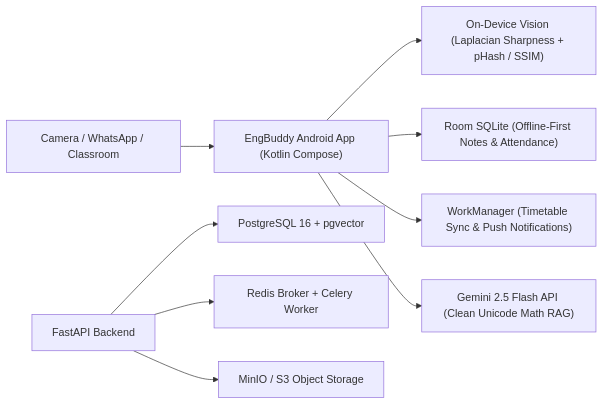
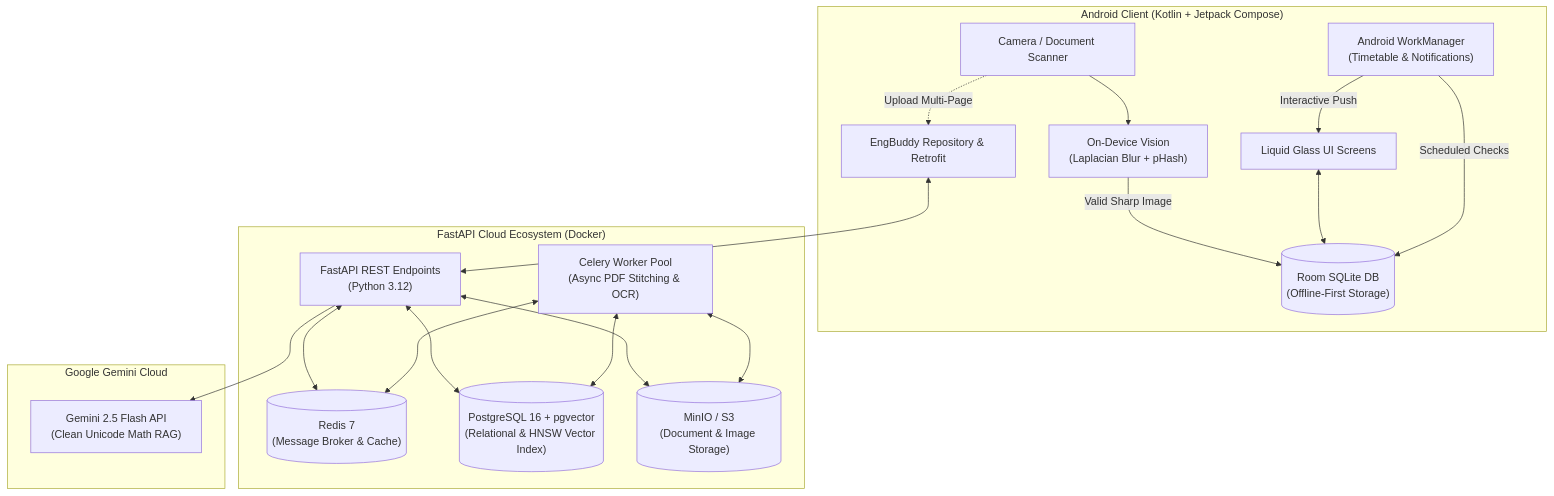
The first of 4 diagrams in README.md (xom669/ENG-BUDDY), drawn with Mermaid before and after one commit. The commit also changed other lines of this file and 1 other file, not shown here.

Commit message:
docs: generate comprehensive README with architecture flowcharts, mathematical models, and project guide

````diff
--- a/README.md
+++ b/README.md
@@ -12,12 +49,39 @@
 ```mermaid
-flowchart LR
-    A["Camera / WhatsApp / Classroom"] --> B["EngBuddy Android App (Kotlin Compose)"]
-    B --> C["On-Device Vision (Laplacian Sharpness + pHash / SSIM)"]
-    B --> D["Room SQLite (Offline-First Notes & Attendance)"]
-    B --> E["WorkManager (Timetable Sync & Push Notifications)"]
-    B --> F["Gemini 2.5 Flash API (Clean Unicode Math RAG)"]
-    
-    G["FastAPI Backend"] --> H["PostgreSQL 16 + pgvector"]
-    G --> I["Redis Broker + Celery Worker"]
-    G --> J["MinIO / S3 Object Storage"]
+flowchart TD
+    subgraph Client ["Android Client (Kotlin + Jetpack Compose)"]
+        UI["Liquid Glass UI Screens"]
+        Cam["Camera / Document Scanner"]
+        CV["On-Device Vision\n(Laplacian Blur + pHash)"]
+        Room[("Room SQLite DB\n(Offline-First Storage)")]
+        WM["Android WorkManager\n(Timetable & Notifications)"]
+        ClientRepo["EngBuddy Repository & Retrofit"]
+    end
+
+    subgraph Backend ["FastAPI Cloud Ecosystem (Docker)"]
+        API["FastAPI REST Endpoints\n(Python 3.12)"]
+        CeleryWorker["Celery Worker Pool\n(Async PDF Stitching & OCR)"]
+        Redis[("Redis 7\n(Message Broker & Cache)")]
+        PG[("PostgreSQL 16 + pgvector\n(Relational & HNSW Vector Index)")]
+        MinIO[("MinIO / S3\n(Document & Image Storage)")]
+    end
+
+    subgraph AI ["Google Gemini Cloud"]
+        Gemini["Gemini 2.5 Flash API\n(Clean Unicode Math RAG)"]
+    end
+
+    Cam --> CV
+    CV -->|Valid Sharp Image| Room
+    Cam -.->|Upload Multi-Page| ClientRepo
+    ClientRepo <--> API
+    UI <--> Room
+    WM -->|Scheduled Checks| Room
+    WM -->|Interactive Push| UI
+
+    API <--> PG
+    API <--> Redis
+    API <--> MinIO
+    API --> Gemini
+    CeleryWorker <--> Redis
+    CeleryWorker <--> MinIO
+    CeleryWorker <--> PG
 ```
````
